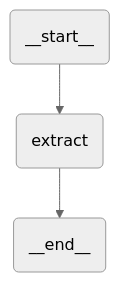
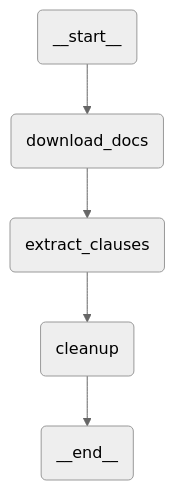
One commit to kartiksiva/DocumentValidation-Uipath changed the diagram in ContractComparisonSolution/extractor/agent.mermaid. Above: the diagram before and after it, drawn with Mermaid (neutral theme). The commit also changed 7 other files, not shown here.

```diff
--- a/ContractComparisonSolution/extractor/agent.mermaid
+++ b/ContractComparisonSolution/extractor/agent.mermaid
@@ -1,8 +1,12 @@
 %% AUTO-GENERATED by `uipath init`. Do not edit manually.
 %% Regenerated on every `uipath init`.
 flowchart TB
   __start__(__start__)
-  extract(extract)
+  download_docs(download_docs)
+  extract_clauses(extract_clauses)
+  cleanup(cleanup)
   __end__(__end__)
-  __start__ --> extract
-  extract --> __end__
+  __start__ --> download_docs
+  download_docs --> extract_clauses
+  extract_clauses --> cleanup
+  cleanup --> __end__
```
